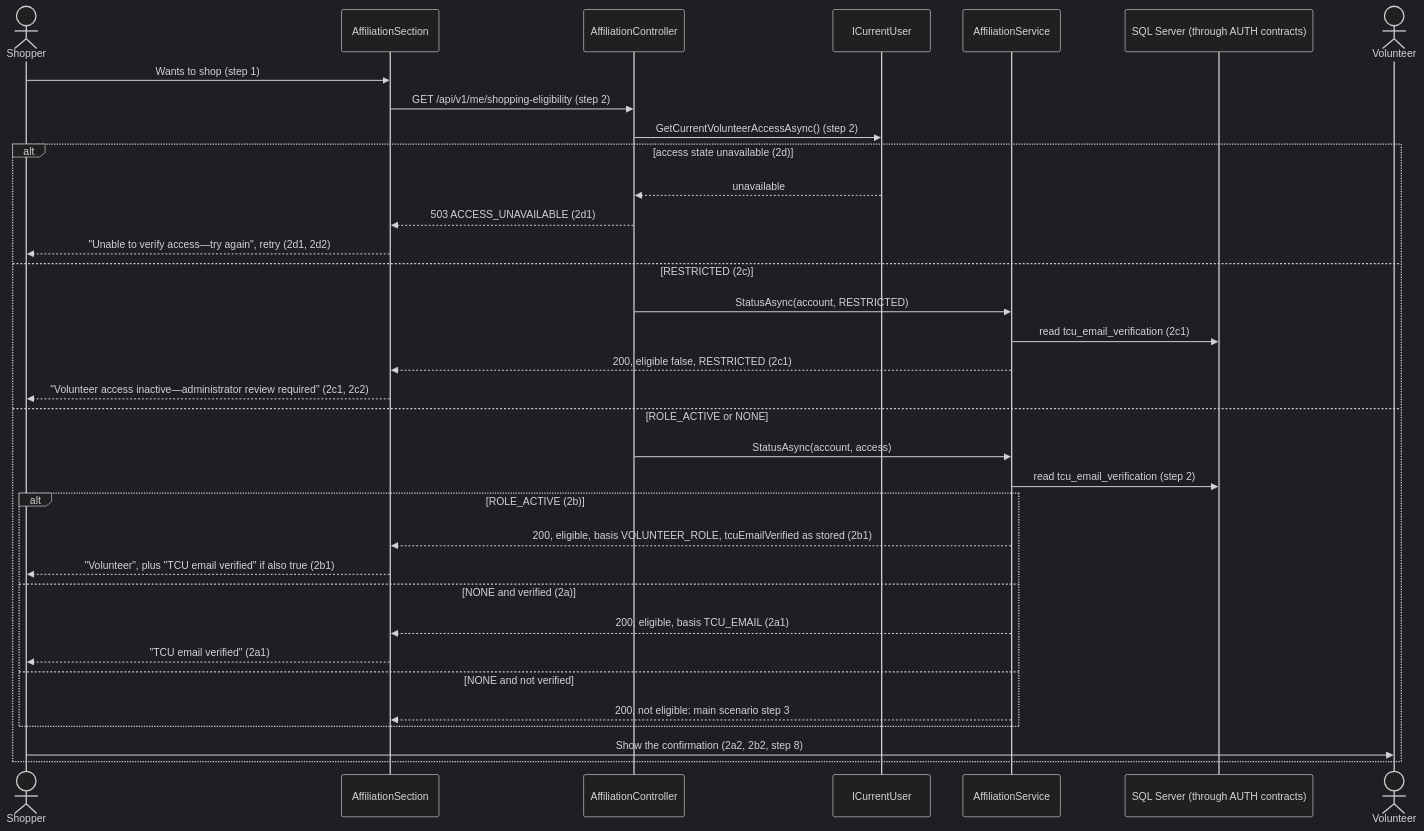
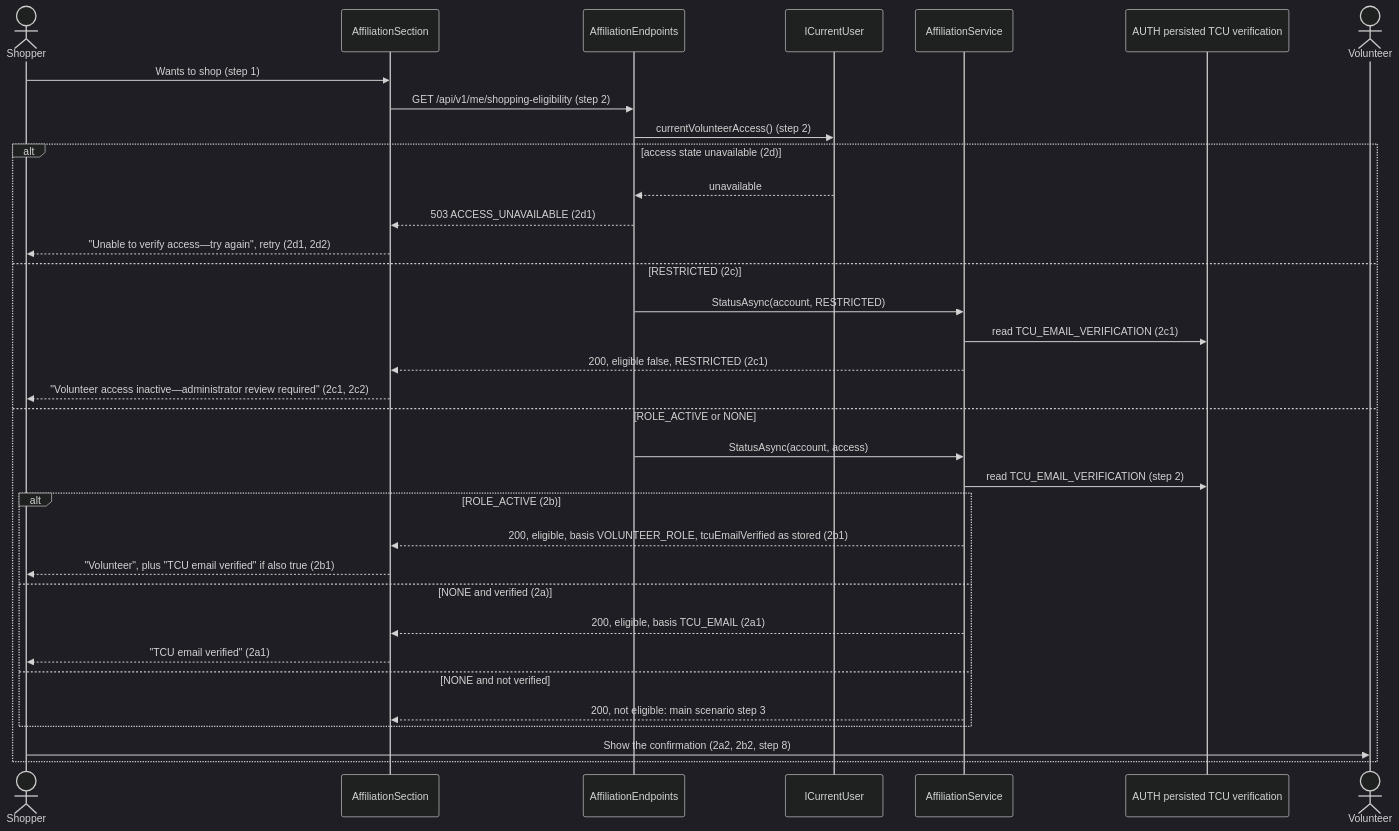
Before and after one commit to evelyntrann/cosc-40943-team-3-refrog: the third of 3 diagrams in docs/design/IDV.md, drawn with Mermaid (dark theme). The commit also changed other lines of this file, not shown here.

First line of the commit message:
docs: align IDV.md with AUTH.md (#112)

````diff
--- a/docs/design/IDV.md
+++ b/docs/design/IDV.md
@@ -156,36 +154,36 @@
 ```mermaid
 sequenceDiagram
     actor S as Shopper
     participant UI as AffiliationSection
-    participant C as AffiliationController
+    participant C as AffiliationEndpoints
     participant CU as ICurrentUser
     participant SV as AffiliationService
-    participant DB as SQL Server (through AUTH contracts)
+    participant DB as AUTH persisted TCU verification
     actor V as Volunteer
     S->>UI: Wants to shop (step 1)
     UI->>C: GET /api/v1/me/shopping-eligibility (step 2)
-    C->>CU: GetCurrentVolunteerAccessAsync() (step 2)
+    C->>CU: currentVolunteerAccess() (step 2)
     alt access state unavailable (2d)
         CU-->>C: unavailable
         C-->>UI: 503 ACCESS_UNAVAILABLE (2d1)
         UI-->>S: "Unable to verify access—try again", retry (2d1, 2d2)
     else RESTRICTED (2c)
         C->>SV: StatusAsync(account, RESTRICTED)
-        SV->>DB: read tcu_email_verification (2c1)
+        SV->>DB: read TCU_EMAIL_VERIFICATION (2c1)
         SV-->>UI: 200, eligible false, RESTRICTED (2c1)
         UI-->>S: "Volunteer access inactive—administrator review required" (2c1, 2c2)
     else ROLE_ACTIVE or NONE
         C->>SV: StatusAsync(account, access)
-        SV->>DB: read tcu_email_verification (step 2)
+        SV->>DB: read TCU_EMAIL_VERIFICATION (step 2)
         alt ROLE_ACTIVE (2b)
             SV-->>UI: 200, eligible, basis VOLUNTEER_ROLE, tcuEmailVerified as stored (2b1)
             UI-->>S: "Volunteer", plus "TCU email verified" if also true (2b1)
         else NONE and verified (2a)
             SV-->>UI: 200, eligible, basis TCU_EMAIL (2a1)
             UI-->>S: "TCU email verified" (2a1)
         else NONE and not verified
             SV-->>UI: 200, not eligible: main scenario step 3
         end
         S->>V: Show the confirmation (2a2, 2b2, step 8)
     end
 ```
````
